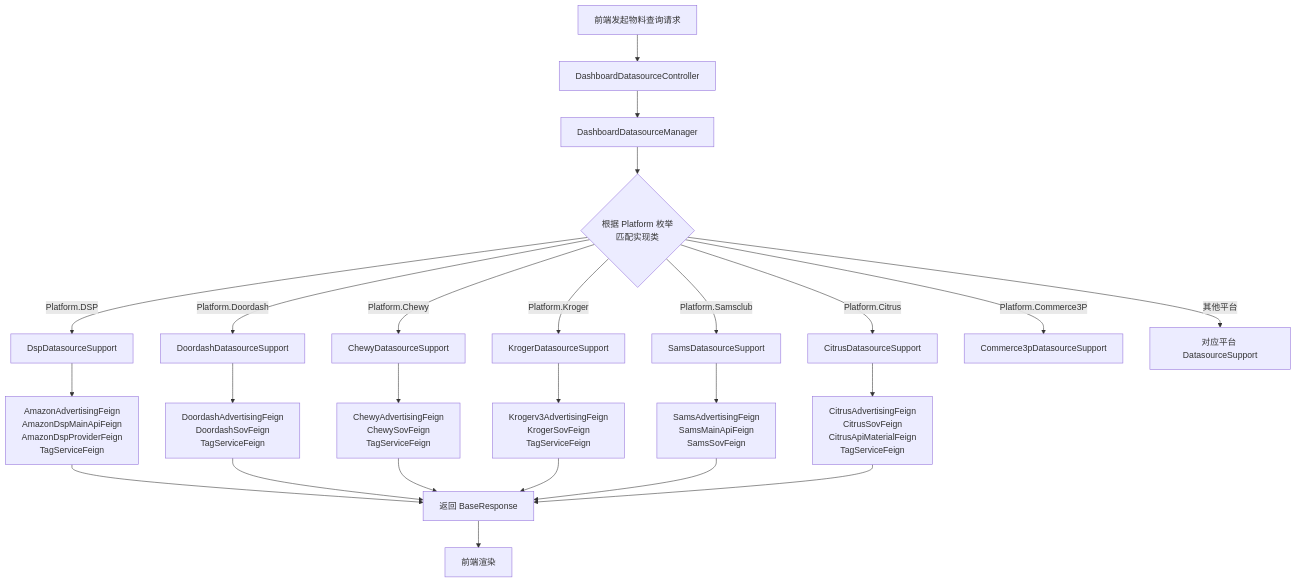
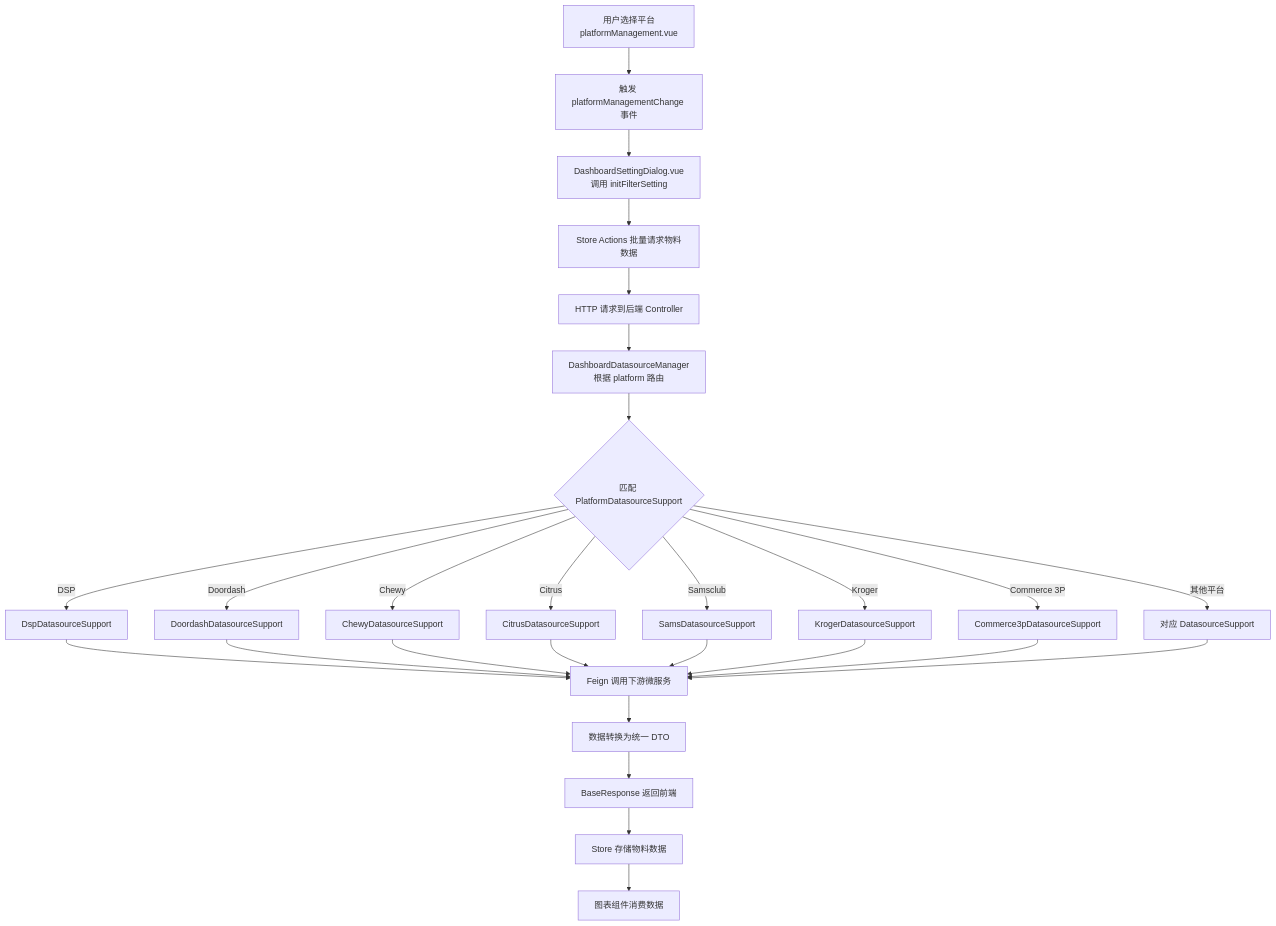
The first of 7 diagrams in output/04-data-source.md (suoweiwei-pacvue/document-automation), drawn with Mermaid before and after one commit. The commit also changed other lines of this file and 55 other files, not shown here.

````diff
--- a/output/04-data-source.md
+++ b/output/04-data-source.md
@@ -297,29 +333,29 @@
 ```mermaid
 flowchart TD
-    A[前端发起物料查询请求] --> B[DashboardDatasourceController]
-    B --> C[DashboardDatasourceManager]
-    C --> D{根据 Platform 枚举<br/>匹配实现类}
-    D -->|Platform.DSP| E[DspDatasourceSupport]
-    D -->|Platform.Doordash| F[DoordashDatasourceSupport]
-    D -->|Platform.Chewy| G[ChewyDatasourceSupport]
-    D -->|Platform.Kroger| H[KrogerDatasourceSupport]
-    D -->|Platform.Samsclub| I[SamsDatasourceSupport]
-    D -->|Platform.Citrus| J[CitrusDatasourceSupport]
-    D -->|Platform.Commerce3P| K[Commerce3pDatasourceSupport]
-    D -->|其他平台| L[对应平台 DatasourceSupport]
-    
-    E --> M[AmazonAdvertisingFeign<br/>AmazonDspMainApiFeign<br/>AmazonDspProviderFeign<br/>TagServiceFeign]
-    F --> N[DoordashAdvertisingFeign<br/>DoordashSovFeign<br/>TagServiceFeign]
-    G --> O[ChewyAdvertisingFeign<br/>ChewySovFeign<br/>TagServiceFeign]
-    H --> P[Krogerv3AdvertisingFeign<br/>KrogerSovFeign<br/>TagServiceFeign]
-    I --> Q[SamsAdvertisingFeign<br/>SamsMainApiFeign<br/>SamsSovFeign]
-    J --> R[CitrusAdvertisingFeign<br/>CitrusSovFeign<br/>CitrusApiMaterialFeign<br/>TagServiceFeign]
-    
-    M --> S[返回 BaseResponse]
-    N --> S
-    O --> S
-    P --> S
-    Q --> S
-    R --> S
-    S --> T[前端渲染]
+    A[用户选择平台<br/>platformManagement.vue] --> B[触发 platformManagementChange 事件]
+    B --> C[DashboardSettingDialog.vue<br/>调用 initFilterSetting]
+    C --> D[Store Actions 批量请求物料数据]
+    D --> E[HTTP 请求到后端 Controller]
+    E --> F[DashboardDatasourceManager<br/>根据 platform 路由]
+    F --> G{匹配 PlatformDatasourceSupport}
+    G -->|DSP| H[DspDatasourceSupport]
+    G -->|Doordash| I[DoordashDatasourceSupport]
+    G -->|Chewy| J[ChewyDatasourceSupport]
+    G -->|Citrus| K[CitrusDatasourceSupport]
+    G -->|Samsclub| L[SamsDatasourceSupport]
+    G -->|Kroger| M[KrogerDatasourceSupport]
+    G -->|Commerce 3P| N[Commerce3pDatasourceSupport]
+    G -->|其他平台| O[对应 DatasourceSupport]
+    H --> P[Feign 调用下游微服务]
+    I --> P
+    J --> P
+    K --> P
+    L --> P
+    M --> P
+    N --> P
+    O --> P
+    P --> Q[数据转换为统一 DTO]
+    Q --> R[BaseResponse 返回前端]
+    R --> S[Store 存储物料数据]
+    S --> T[图表组件消费数据]
 ```
````
